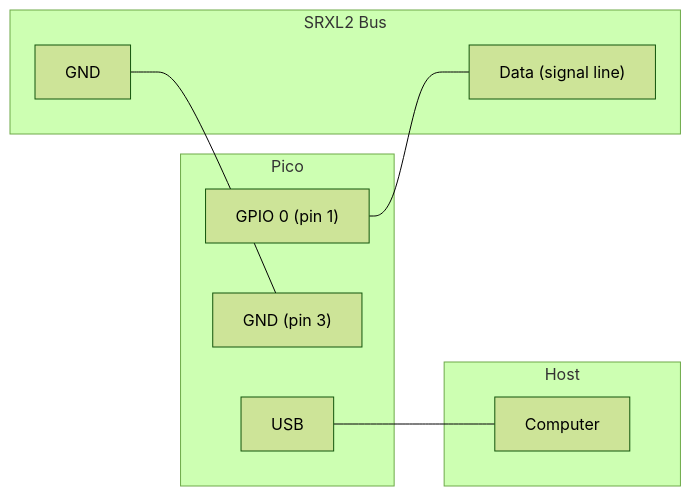
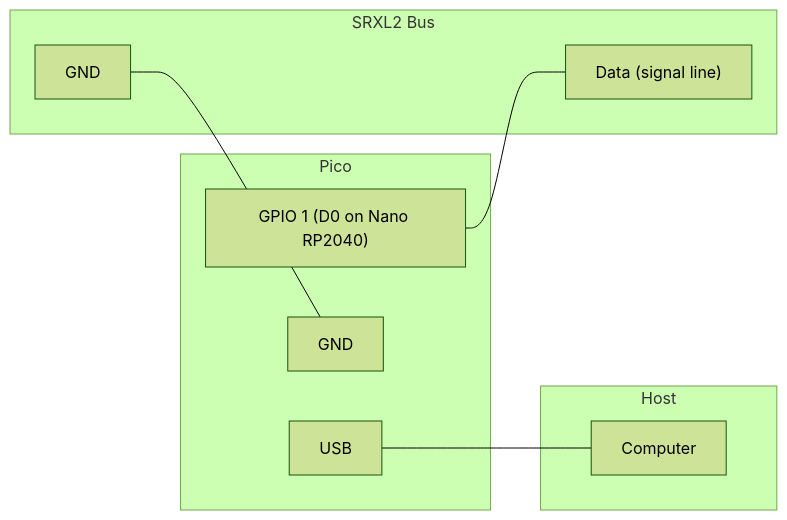
The first of 3 diagrams in embedded/README.md (iksaif/libsrxl2), drawn with Mermaid (forest theme) before and after one commit. The commit also changed other lines of this file and 9 other files, not shown here.

````diff
--- a/embedded/README.md
+++ b/embedded/README.md
@@ -53,18 +54,18 @@
 ```mermaid
 graph LR
     subgraph Pico
-        GPIO0["GPIO 0 (pin 1)"]
-        GND_P["GND (pin 3)"]
+        GPIO1["GPIO 1 (D0 on Nano RP2040)"]
+        GND_P["GND"]
         USB["USB"]
     end
     subgraph SRXL2 Bus
         DATA["Data (signal line)"]
         GND_B["GND"]
     end
     subgraph Host
         PC["Computer"]
     end
-    GPIO0 --- DATA
+    GPIO1 --- DATA
     GND_B --- GND_P
     USB --- PC
 ```
````
